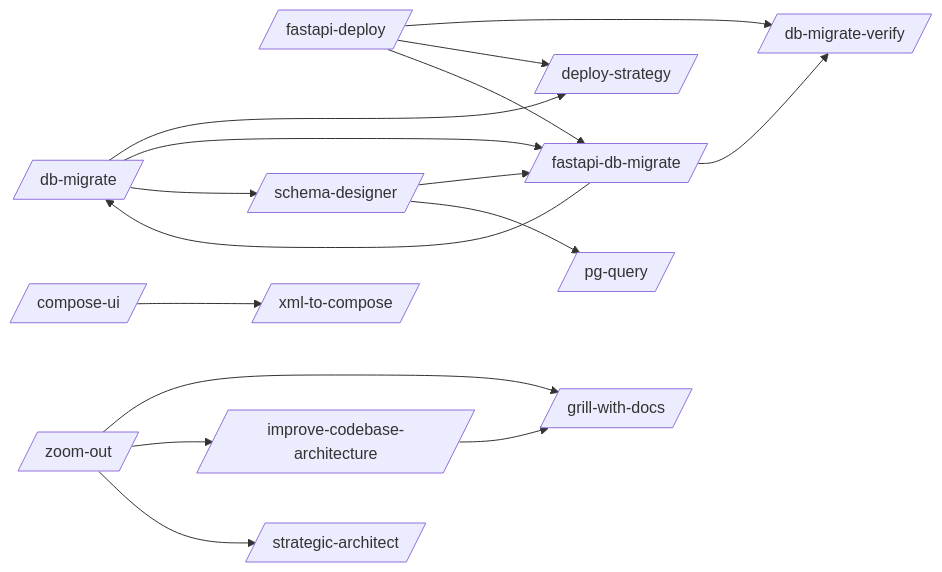
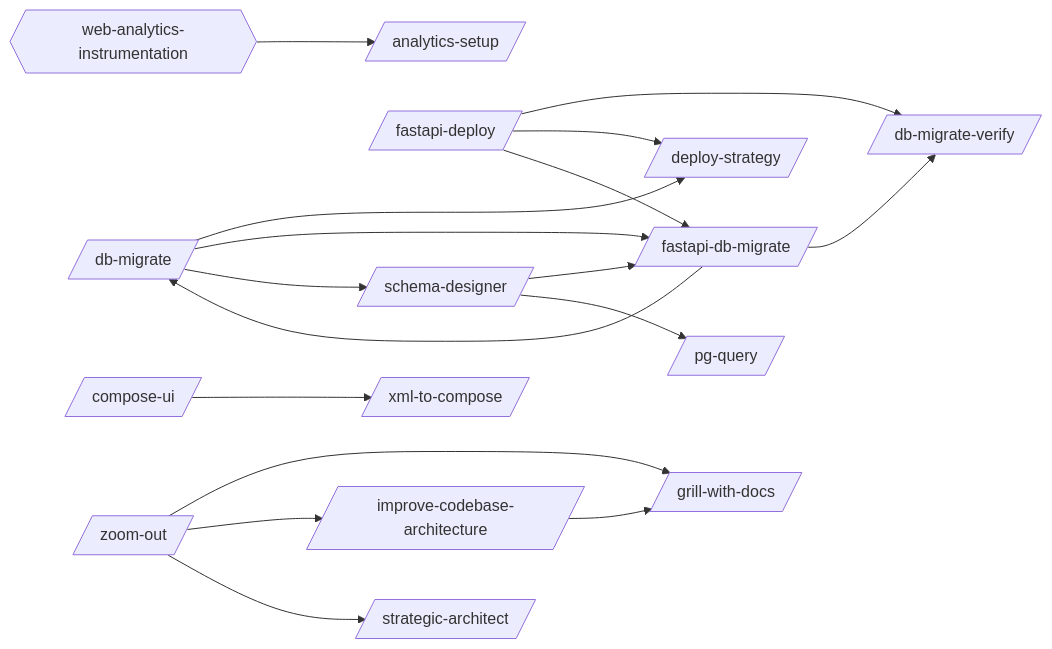
One commit to abhayla/claude-best-practices changed the first of 30 diagrams in docs/workflows/_needs-manual-review.md. Above: the diagram before and after it, drawn with Mermaid. The commit also changed other lines of this file and 32 other files, not shown here.

````diff
--- a/docs/workflows/_needs-manual-review.md
+++ b/docs/workflows/_needs-manual-review.md
@@ -9,31 +9,34 @@
 ```mermaid
 graph LR
+    analytics_setup[/analytics-setup/]
     compose_ui[/compose-ui/]
     db_migrate[/db-migrate/]
     db_migrate_verify[/db-migrate-verify/]
     deploy_strategy[/deploy-strategy/]
     fastapi_db_migrate[/fastapi-db-migrate/]
     fastapi_deploy[/fastapi-deploy/]
     grill_with_docs[/grill-with-docs/]
     improve_codebase_architecture[/improve-codebase-architecture/]
     pg_query[/pg-query/]
     schema_designer[/schema-designer/]
     strategic_architect[/strategic-architect/]
     xml_to_compose[/xml-to-compose/]
     zoom_out[/zoom-out/]
+    web_analytics_instrumentation{{web-analytics-instrumentation}}
     compose_ui --> xml_to_compose
     db_migrate --> deploy_strategy
     db_migrate --> fastapi_db_migrate
     db_migrate --> schema_designer
     fastapi_db_migrate --> db_migrate
     fastapi_db_migrate --> db_migrate_verify
     fastapi_deploy --> db_migrate_verify
     fastapi_deploy --> deploy_strategy
     fastapi_deploy --> fastapi_db_migrate
     improve_codebase_architecture --> grill_with_docs
     schema_designer --> fastapi_db_migrate
     schema_designer --> pg_query
     zoom_out --> grill_with_docs
     zoom_out --> improve_codebase_architecture
     zoom_out --> strategic_architect
+    web_analytics_instrumentation --> analytics_setup
 ```
````
